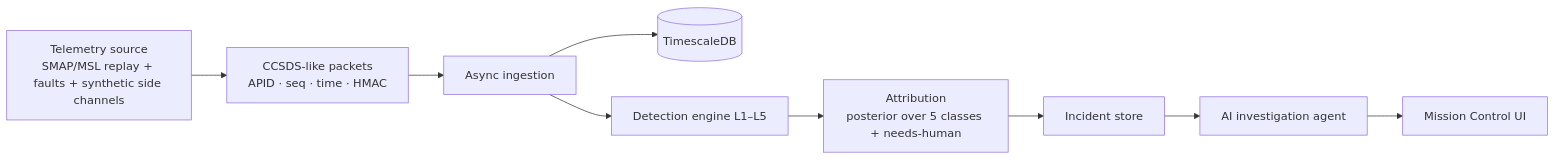
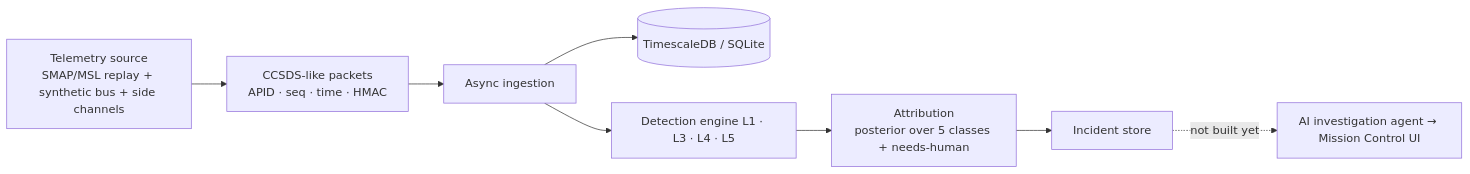
The diagram in README.md (Kaushik2210/ORBITAL-SENTINEL), drawn with Mermaid before and after one commit. The commit also changed other lines of this file and 2 other files, not shown here.

````diff
--- a/README.md
+++ b/README.md
@@ -28,11 +74,10 @@
 ```mermaid
 flowchart LR
-  A[Telemetry source<br/>SMAP/MSL replay + faults + synthetic side channels] --> B[CCSDS-like packets<br/>APID · seq · time · HMAC]
+  A[Telemetry source<br/>SMAP/MSL replay + synthetic bus + side channels] --> B[CCSDS-like packets<br/>APID · seq · time · HMAC]
   B --> C[Async ingestion]
-  C --> D[(TimescaleDB)]
-  C --> E[Detection engine L1–L5]
+  C --> D[(TimescaleDB / SQLite)]
+  C --> E[Detection engine L1 · L3 · L4 · L5]
   E --> F[Attribution<br/>posterior over 5 classes + needs-human]
   F --> G[Incident store]
-  G --> H[AI investigation agent]
-  H --> I[Mission Control UI]
+  G -.->|not built yet| H[AI investigation agent → Mission Control UI]
 ```
````
